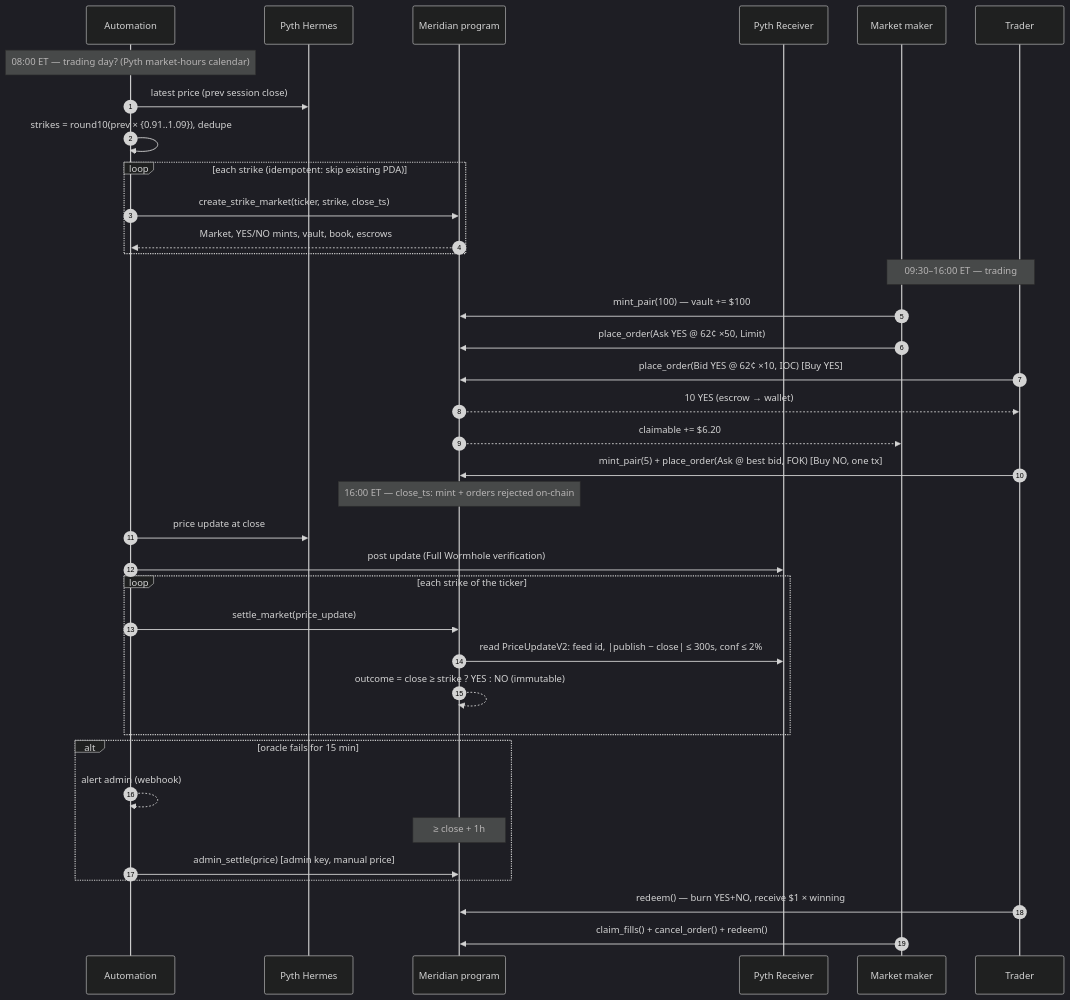
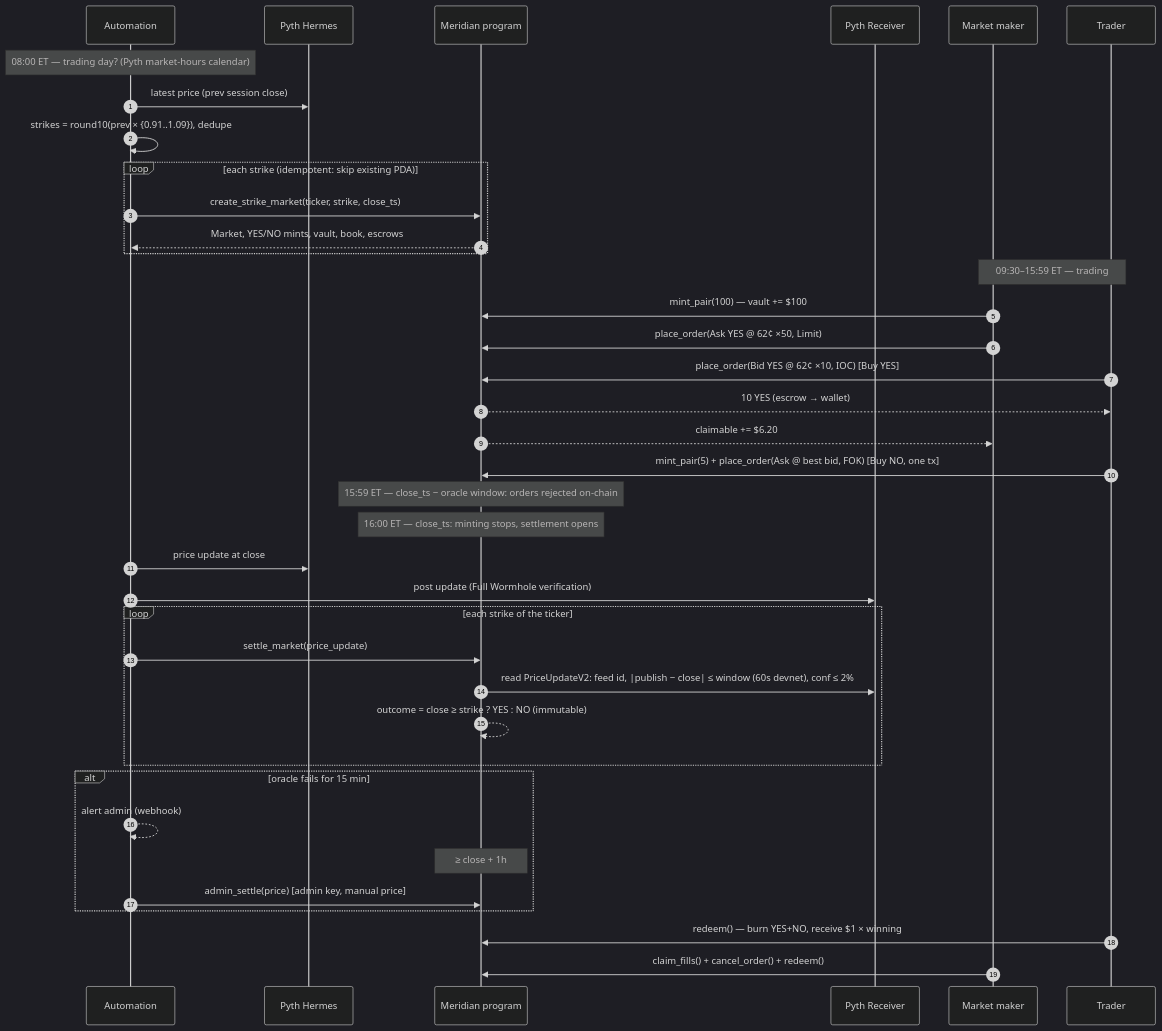
The diagram in docs/lifecycle.mmd (hisefath/meridian), drawn with Mermaid (dark theme) before and after one commit. The commit also changed 24 other files, not shown here.

```diff
--- a/docs/lifecycle.mmd
+++ b/docs/lifecycle.mmd
@@ -1,42 +1,43 @@
 %% Meridian — one trading day, end to end (Mermaid source).
 sequenceDiagram
   autonumber
   participant A as Automation
   participant H as Pyth Hermes
   participant P as Meridian program
   participant R as Pyth Receiver
   participant MM as Market maker
   participant T as Trader
 
   Note over A: 08:00 ET — trading day? (Pyth market-hours calendar)
   A->>H: latest price (prev session close)
   A->>A: strikes = round10(prev × {0.91..1.09}), dedupe
   loop each strike (idempotent: skip existing PDA)
     A->>P: create_strike_market(ticker, strike, close_ts)
     P-->>A: Market, YES/NO mints, vault, book, escrows
   end
 
-  Note over MM,T: 09:30–16:00 ET — trading
+  Note over MM,T: 09:30–15:59 ET — trading
   MM->>P: mint_pair(100) — vault += $100
   MM->>P: place_order(Ask YES @ 62¢ ×50, Limit)
   T->>P: place_order(Bid YES @ 62¢ ×10, IOC)  [Buy YES]
   P-->>T: 10 YES (escrow → wallet)
   P-->>MM: claimable += $6.20
   T->>P: mint_pair(5) + place_order(Ask @ best bid, FOK)  [Buy NO, one tx]
 
-  Note over P: 16:00 ET — close_ts: mint + orders rejected on-chain
+  Note over P: 15:59 ET — close_ts − oracle window: orders rejected on-chain
+  Note over P: 16:00 ET — close_ts: minting stops, settlement opens
   A->>H: price update at close
   A->>R: post update (Full Wormhole verification)
   loop each strike of the ticker
     A->>P: settle_market(price_update)
-    P->>R: read PriceUpdateV2: feed id, |publish − close| ≤ 300s, conf ≤ 2%
+    P->>R: read PriceUpdateV2: feed id, |publish − close| ≤ window (60s devnet), conf ≤ 2%
     P-->>P: outcome = close ≥ strike ? YES : NO (immutable)
   end
   alt oracle fails for 15 min
     A-->>A: alert admin (webhook)
     Note over P: ≥ close + 1h
     A->>P: admin_settle(price) [admin key, manual price]
   end
 
   T->>P: redeem() — burn YES+NO, receive $1 × winning
   MM->>P: claim_fills() + cancel_order() + redeem()
```
